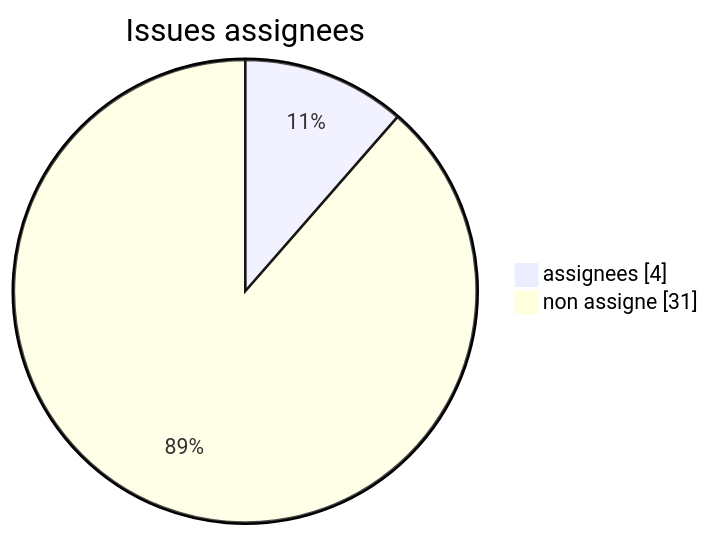
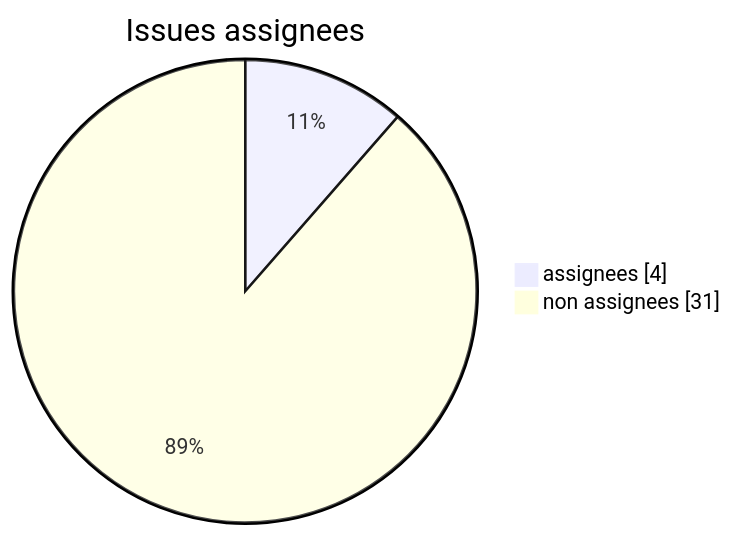
Before and after one commit to Gooseppr/GevOps_LC: the first of 8 diagrams in modules/M41_projet-board-J01.md, drawn with Mermaid. The commit also changed other lines of this file and 1 other file, not shown here.

````diff
--- a/modules/M41_projet-board-J01.md
+++ b/modules/M41_projet-board-J01.md
@@ -16,6 +29,6 @@
 ```mermaid
 pie showData
     title Issues assignees
     "assignees" : 4
-    "non assigne" : 31
+    "non assignees" : 31
 ```
````
